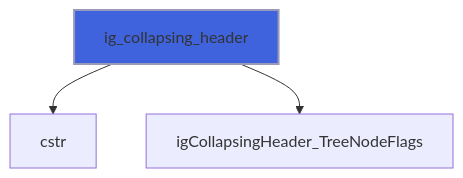
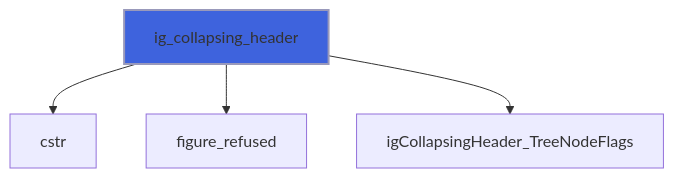
Diagram 22 of 26 in docs/api/src/lib/figure_group.md (szaghi/figure), drawn with Mermaid before and after one commit. The commit also changed other lines of this file and 13 other files, not shown here.

````diff
--- a/docs/api/src/lib/figure_group.md
+++ b/docs/api/src/lib/figure_group.md
@@ -519,6 +521,7 @@
 ```mermaid
 flowchart TD
   ig_collapsing_header["ig_collapsing_header"] --> cstr["cstr"]
+  ig_collapsing_header["ig_collapsing_header"] --> figure_refused["figure_refused"]
   ig_collapsing_header["ig_collapsing_header"] --> igCollapsingHeader_TreeNodeFlags["igCollapsingHeader_TreeNodeFlags"]
   style ig_collapsing_header fill:#3e63dd,stroke:#99b,stroke-width:2px
 ```
````
